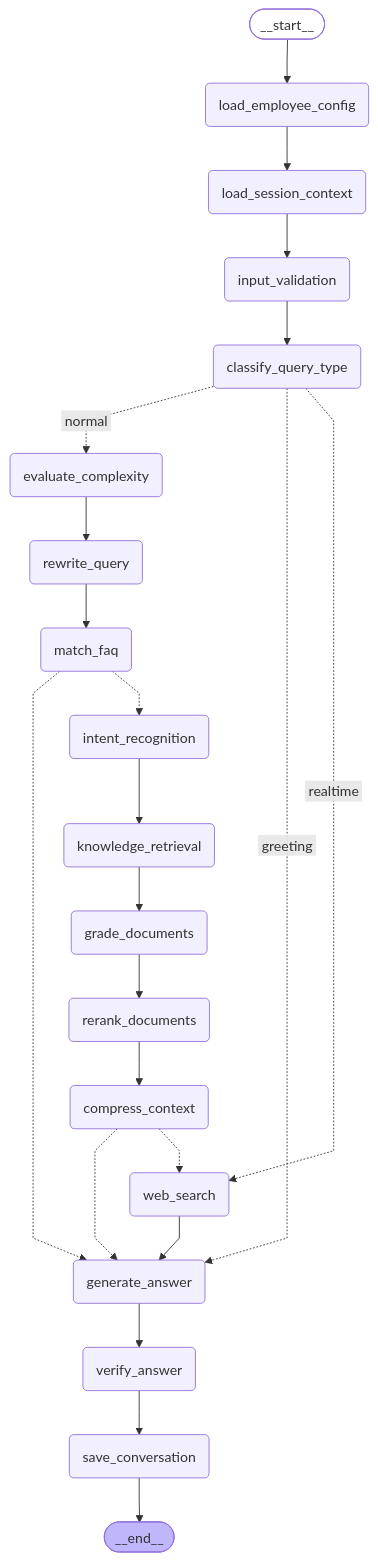
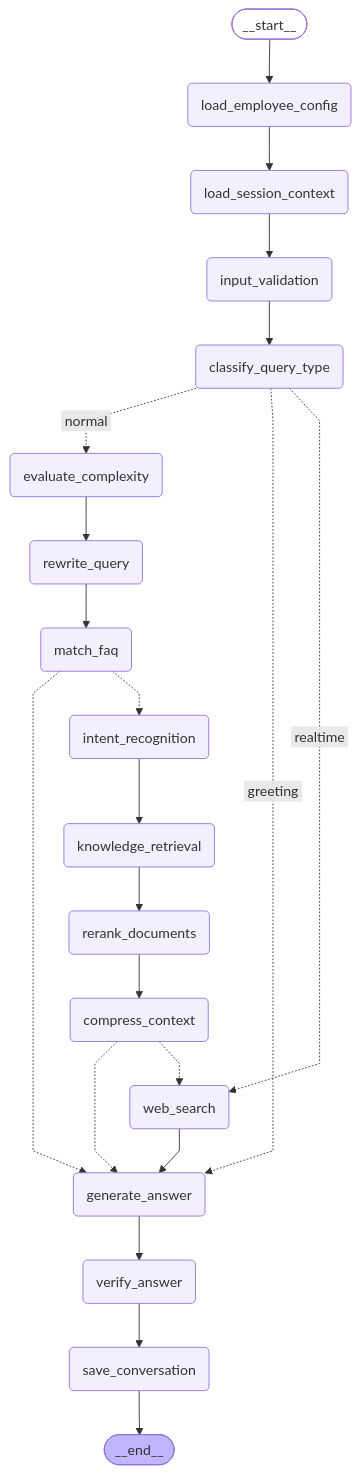
The diagram in ai-service/graph_debug/crag_graph.mmd (perfectbullet/ZengKingMorphe), drawn with Mermaid before and after one commit. The commit also changed 7 other files, not shown here.

```diff
--- a/ai-service/graph_debug/crag_graph.mmd
+++ b/ai-service/graph_debug/crag_graph.mmd
@@ -1,48 +1,46 @@
 ---
 config:
   flowchart:
     curve: linear
 ---
 graph TD;
 	__start__([<p>__start__</p>]):::first
 	load_employee_config(load_employee_config)
 	load_session_context(load_session_context)
 	input_validation(input_validation)
 	classify_query_type(classify_query_type)
 	evaluate_complexity(evaluate_complexity)
 	rewrite_query(rewrite_query)
 	match_faq(match_faq)
 	intent_recognition(intent_recognition)
 	knowledge_retrieval(knowledge_retrieval)
-	grade_documents(grade_documents)
 	rerank_documents(rerank_documents)
 	compress_context(compress_context)
 	web_search(web_search)
 	generate_answer(generate_answer)
 	verify_answer(verify_answer)
 	save_conversation(save_conversation)
 	__end__([<p>__end__</p>]):::last
 	__start__ --> load_employee_config;
 	classify_query_type -. &nbsp;normal&nbsp; .-> evaluate_complexity;
 	classify_query_type -. &nbsp;greeting&nbsp; .-> generate_answer;
 	classify_query_type -. &nbsp;realtime&nbsp; .-> web_search;
 	compress_context -.-> generate_answer;
 	compress_context -.-> web_search;
 	evaluate_complexity --> rewrite_query;
 	generate_answer --> verify_answer;
-	grade_documents --> rerank_documents;
 	input_validation --> classify_query_type;
 	intent_recognition --> knowledge_retrieval;
-	knowledge_retrieval --> grade_documents;
+	knowledge_retrieval --> rerank_documents;
 	load_employee_config --> load_session_context;
 	load_session_context --> input_validation;
 	match_faq -.-> generate_answer;
 	match_faq -.-> intent_recognition;
 	rerank_documents --> compress_context;
 	rewrite_query --> match_faq;
 	verify_answer --> save_conversation;
 	web_search --> generate_answer;
 	save_conversation --> __end__;
 	classDef default fill:#f2f0ff,line-height:1.2
 	classDef first fill-opacity:0
 	classDef last fill:#bfb6fc
```
